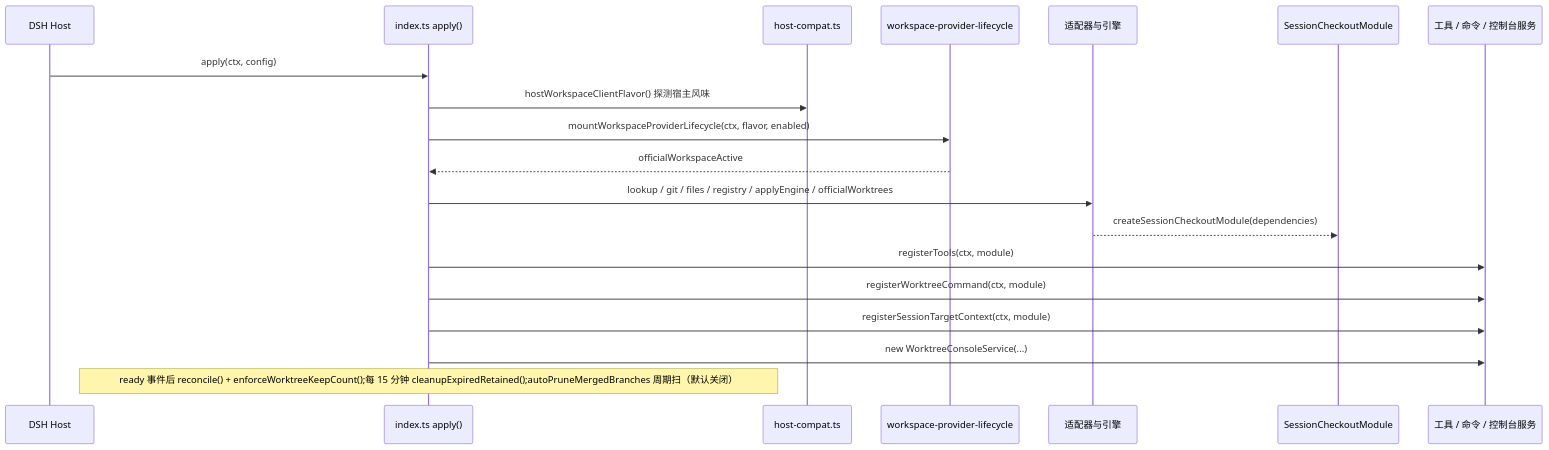
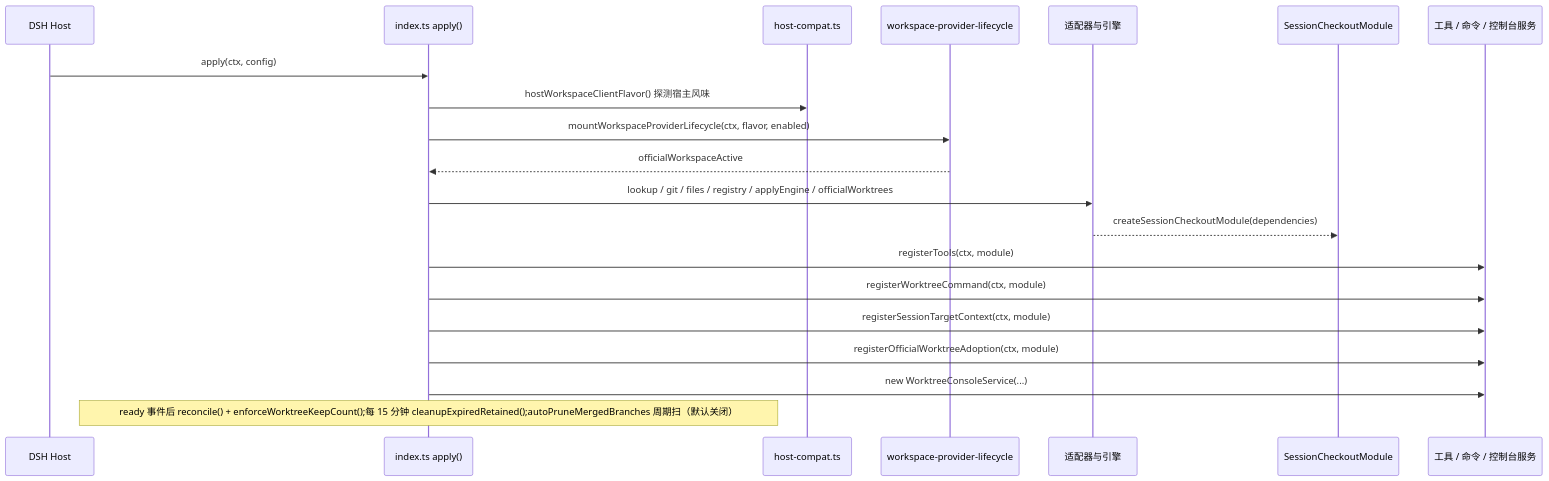
One commit to ikliml666/dsh-git-workspace changed the fourth of 4 diagrams in .codewiki/modules/core-workspace-worktree-domain-layer.md. Above: the diagram before and after it, drawn with Mermaid. The commit also changed other lines of this file and 33 other files, not shown here.

````diff
--- a/.codewiki/modules/core-workspace-worktree-domain-layer.md
+++ b/.codewiki/modules/core-workspace-worktree-domain-layer.md
@@ -153,22 +153,23 @@
 ```mermaid
 sequenceDiagram
   participant Host as DSH Host
   participant Apply as index.ts apply()
   participant Compat as host-compat.ts
   participant Life as workspace-provider-lifecycle
   participant Adapters as 适配器与引擎
   participant Module as SessionCheckoutModule
   participant Surfaces as 工具 / 命令 / 控制台服务
 
   Host->>Apply: apply(ctx, config)
   Apply->>Compat: hostWorkspaceClientFlavor() 探测宿主风味
   Apply->>Life: mountWorkspaceProviderLifecycle(ctx, flavor, enabled)
   Life-->>Apply: officialWorkspaceActive
   Apply->>Adapters: lookup / git / files / registry / applyEngine / officialWorktrees
   Adapters-->>Module: createSessionCheckoutModule(dependencies)
   Apply->>Surfaces: registerTools(ctx, module)
   Apply->>Surfaces: registerWorktreeCommand(ctx, module)
   Apply->>Surfaces: registerSessionTargetContext(ctx, module)
+  Apply->>Surfaces: registerOfficialWorktreeAdoption(ctx, module)
   Apply->>Surfaces: new WorktreeConsoleService(...)
   Note over Apply: ready 事件后 reconcile() + enforceWorktreeKeepCount()#59;每 15 分钟 cleanupExpiredRetained()#59;autoPruneMergedBranches 周期扫（默认关闭）
 ```
````
